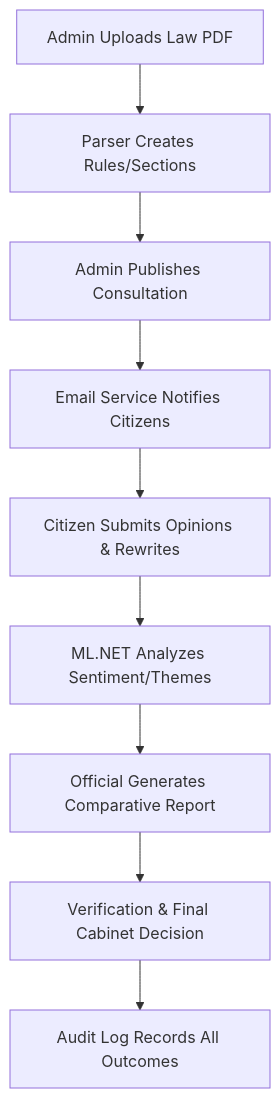
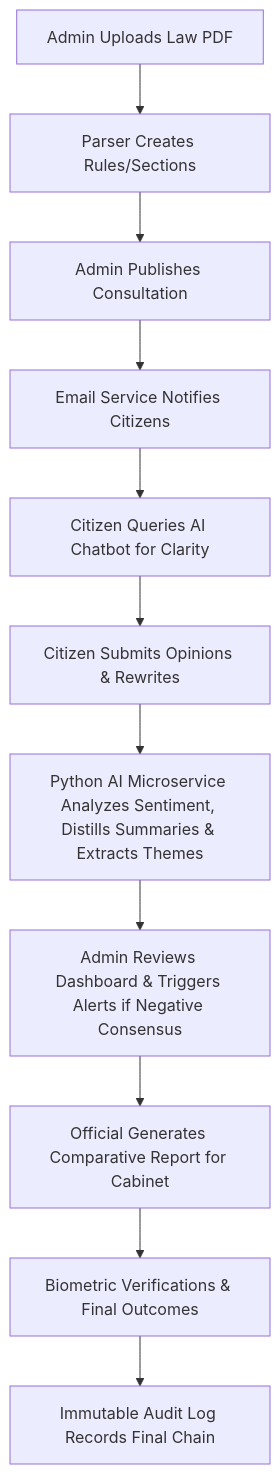
One commit to CodeByte360/PublicConsultation changed the diagram in README.md. Above: the diagram before and after it, drawn with Mermaid. The commit also changed other lines of this file and 1 other file, not shown here.

````diff
--- a/README.md
+++ b/README.md
@@ -69,11 +79,13 @@
 ```mermaid
 graph TD
     A[Admin Uploads Law PDF] --> B[Parser Creates Rules/Sections]
     B --> C[Admin Publishes Consultation]
     C --> D[Email Service Notifies Citizens]
-    D --> E[Citizen Submits Opinions & Rewrites]
-    E --> F[ML.NET Analyzes Sentiment/Themes]
-    F --> G[Official Generates Comparative Report]
-    G --> H[Verification & Final Cabinet Decision]
-    H --> I[Audit Log Records All Outcomes]
+    D --> E[Citizen Queries AI Chatbot for Clarity]
+    E --> F[Citizen Submits Opinions & Rewrites]
+    F --> G[Python AI Microservice Analyzes Sentiment, Distills Summaries & Extracts Themes]
+    G --> H[Admin Reviews Dashboard & Triggers Alerts if Negative Consensus]
+    H --> I[Official Generates Comparative Report for Cabinet]
+    I --> J[Biometric Verifications & Final Outcomes]
+    J --> K[Immutable Audit Log Records Final Chain]
 ```
````
